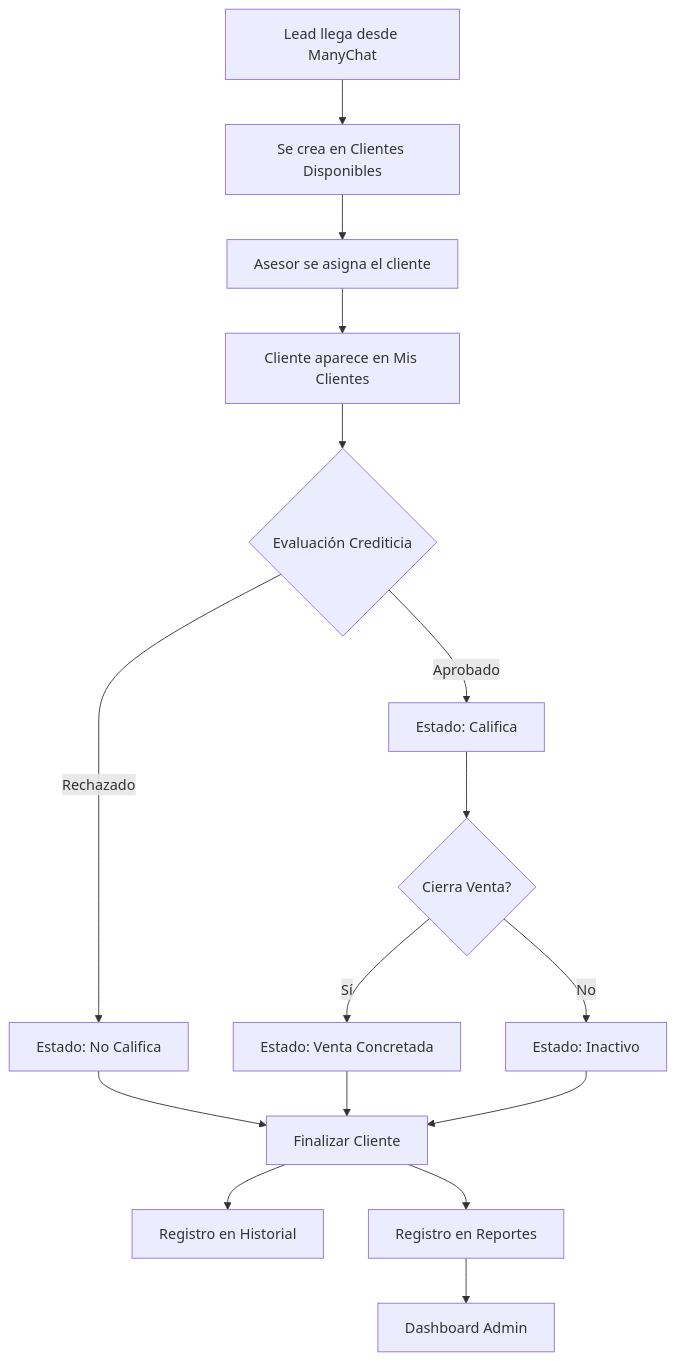
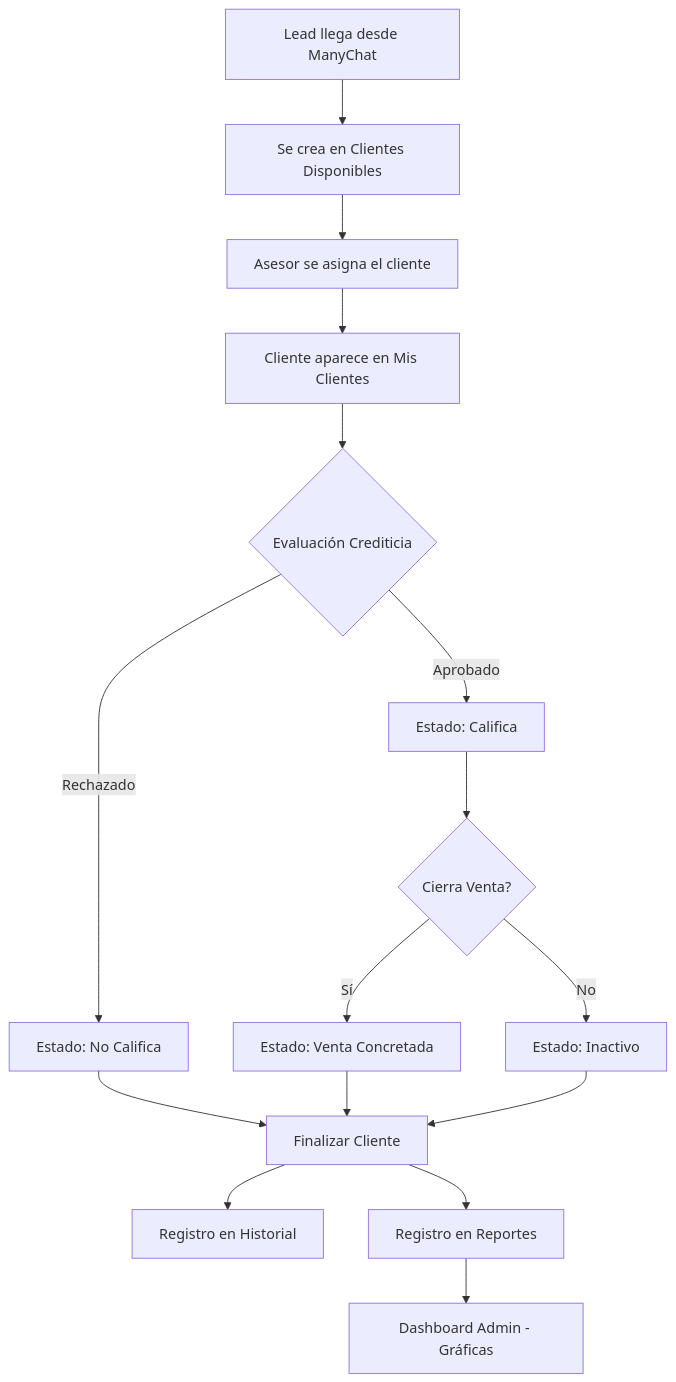
Before and after one commit to AnderssonEspinoza/gestion-clientes-laravel: the diagram in README.md, drawn with Mermaid. The commit also changed other lines of this file, not shown here.

````diff
--- a/README.md
+++ b/README.md
@@ -414,18 +779,18 @@
 ```mermaid
 graph TD
     A[Lead llega desde ManyChat] --> B[Se crea en Clientes Disponibles]
     B --> C[Asesor se asigna el cliente]
     C --> D[Cliente aparece en Mis Clientes]
     D --> E{Evaluación Crediticia}
     E -->|Aprobado| F[Estado: Califica]
     E -->|Rechazado| G[Estado: No Califica]
     F --> H{Cierra Venta?}
     H -->|Sí| I[Estado: Venta Concretada]
     H -->|No| J[Estado: Inactivo]
     G --> K[Finalizar Cliente]
     I --> K
     J --> K
     K --> L[Registro en Historial]
     K --> M[Registro en Reportes]
-    M --> N[Dashboard Admin]
+    M --> N[Dashboard Admin - Gráficas]
 ```
````
